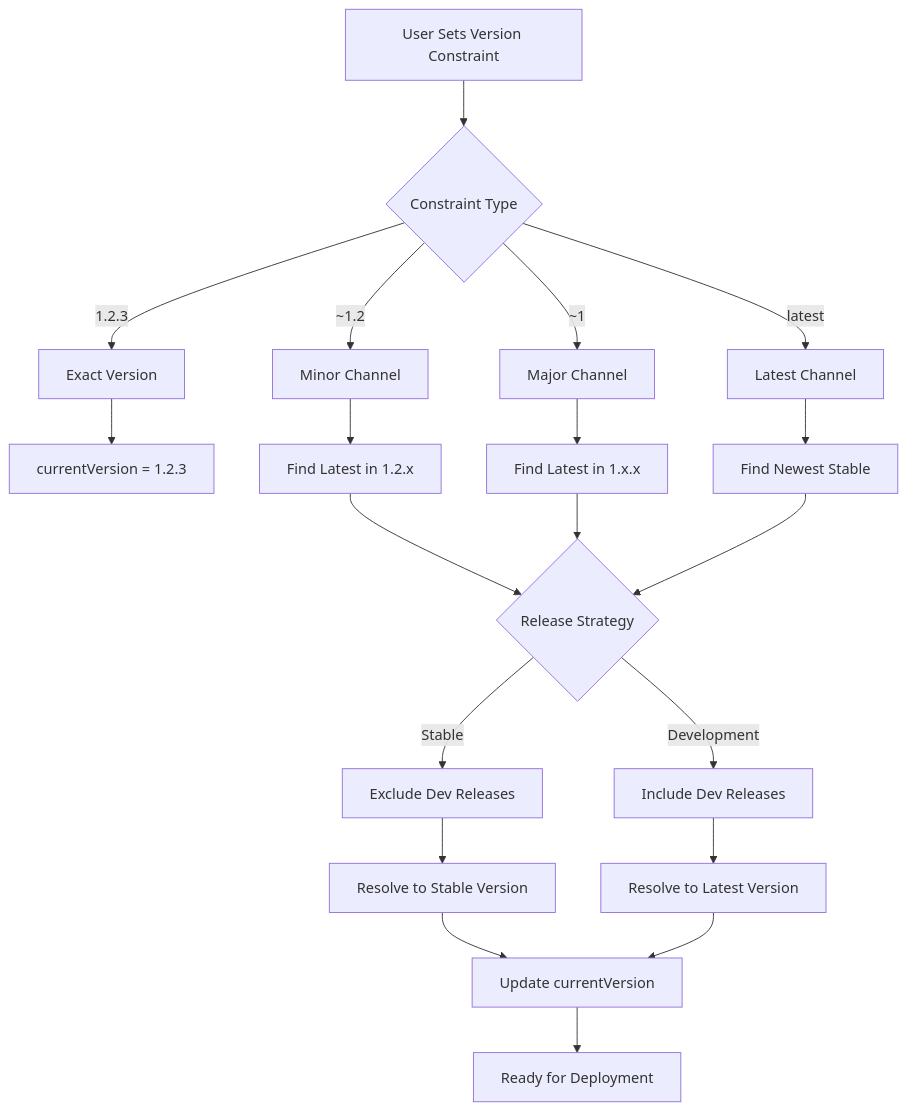
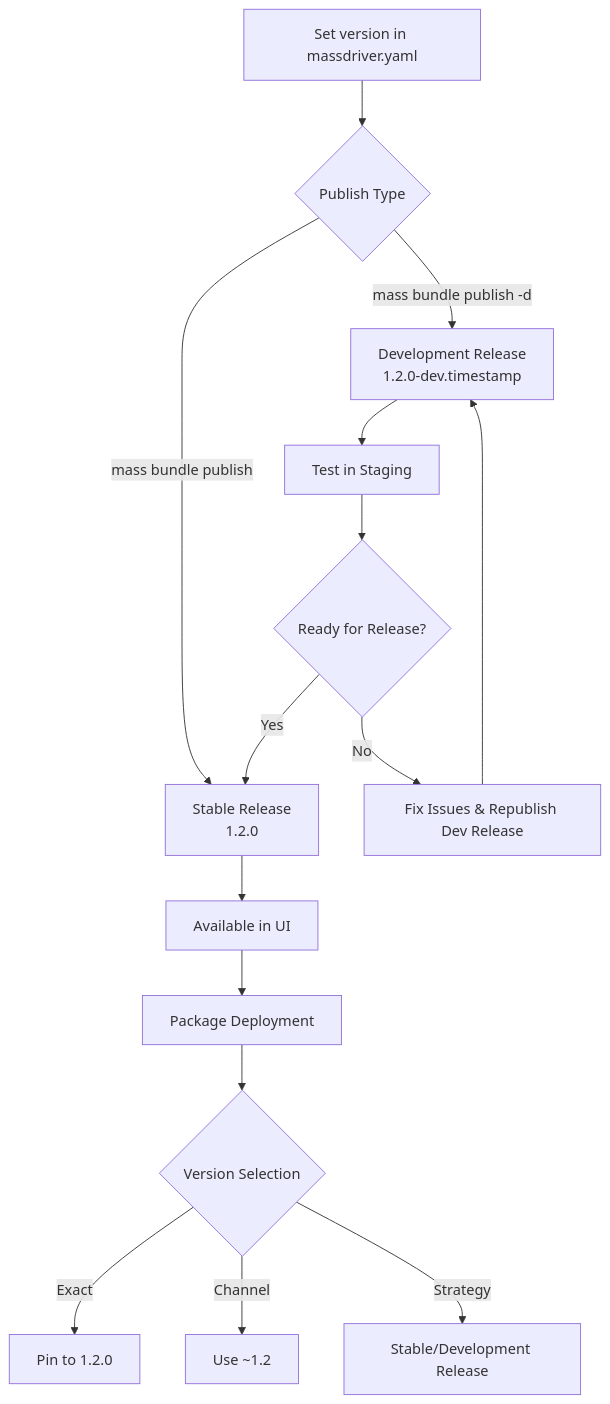
Before and after one commit to massdriver-cloud/docs: the diagram in docs/concepts/11-versions.md, drawn with Mermaid. The commit also changed other lines of this file, not shown here.

````diff
--- a/docs/concepts/11-versions.md
+++ b/docs/concepts/11-versions.md
@@ -460,30 +243,17 @@
 ```mermaid
 graph TD
-    A[User Sets Version Constraint] --> B{Constraint Type}
-    
-    B -->|1.2.3| C[Exact Version]
-    B -->|~1.2| D[Minor Channel]
-    B -->|~1| E[Major Channel]
-    B -->|latest| F[Latest Channel]
-    
-    C --> G[currentVersion = 1.2.3]
-    
-    D --> H[Find Latest in 1.2.x]
-    E --> I[Find Latest in 1.x.x]
-    F --> J[Find Newest Stable]
-    
-    H --> K{Release Strategy}
-    I --> K
-    J --> K
-    
-    K -->|Stable| L[Exclude Dev Releases]
-    K -->|Development| M[Include Dev Releases]
-    
-    L --> N[Resolve to Stable Version]
-    M --> O[Resolve to Latest Version]
-    
-    N --> P[Update currentVersion]
-    O --> P
-    
-    P --> Q[Ready for Deployment]
+    A[Set version in massdriver.yaml] --> B{Publish Type}
+    B -->|mass bundle publish -d| C[Development Release<br/>1.2.0-dev.timestamp]
+    B -->|mass bundle publish| D[Stable Release<br/>1.2.0]
+    C --> E[Test in Staging]
+    E --> F{Ready for Release?}
+    F -->|No| G[Fix Issues & Republish Dev Release]
+    G --> C
+    F -->|Yes| D
+    D --> H[Available in UI]
+    H --> I[Package Deployment]
+    I --> J{Version Selection}
+    J -->|Exact| K[Pin to 1.2.0]
+    J -->|Channel| L[Use ~1.2]
+    J -->|Strategy| M[Stable/Development Release]
 ```
````
